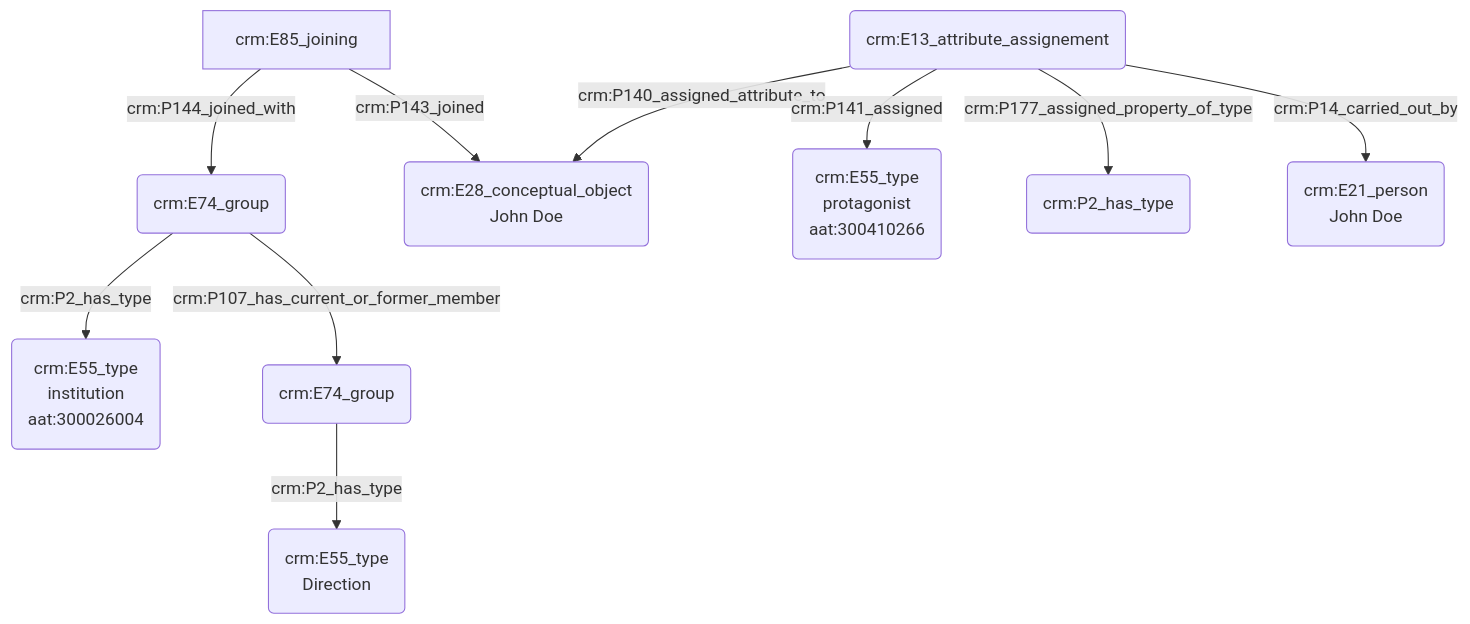
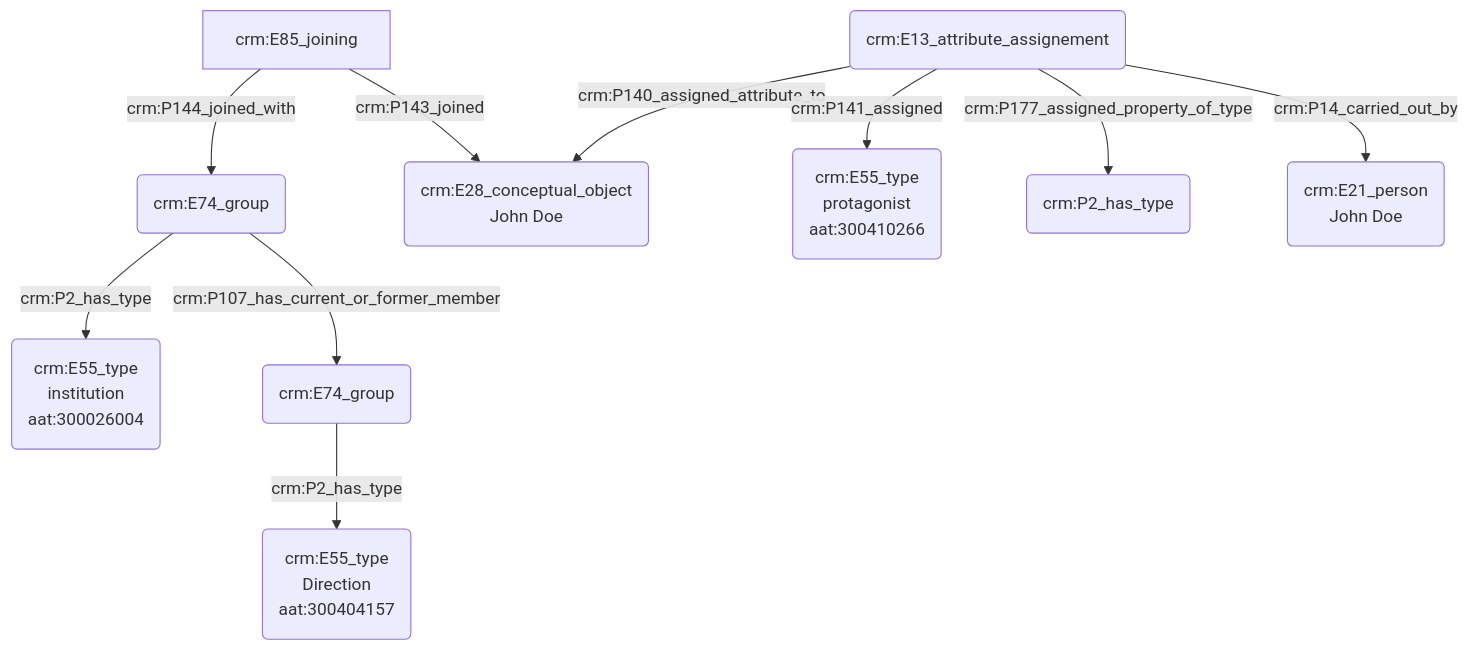
Before and after one commit to Amleth/consortium-musica2-gt2-ontologies: the diagram in modules/livrables/Dossier 2/Indexation conceptuelle/statut et fonction d'une personne fictive.md, drawn with Mermaid.

Commit message:
Update statut et fonction d'une personne fictive.md

````diff
--- a/modules/livrables/Dossier 2/Indexation conceptuelle/statut et fonction d'une personne fictive.md
+++ b/modules/livrables/Dossier 2/Indexation conceptuelle/statut et fonction d'une personne fictive.md
@@ -13,15 +13,15 @@
 ```mermaid
 graph TD;
 
 M(crm:E74_group) -->|crm:P2_has_type| N(crm:E55_type<br>institution<br>aat:300026004)
 U[crm:E85_joining] --> |crm:P144_joined_with| M(crm:E74_group)
 M(crm:E74_group) --> |crm:P107_has_current_or_former_member| S(crm:E74_group)
-S(crm:E74_group) --> |crm:P2_has_type| T(crm:E55_type<br>Direction)
+S(crm:E74_group) --> |crm:P2_has_type| T(crm:E55_type<br>Direction<br>aat:300404157)
 U[crm:E85_joining] -->|crm:P143_joined| K(crm:E28_conceptual_object<br>John Doe)
 
 R(crm:E13_attribute_assignement) --> |crm:P140_assigned_attribute_to| K(crm:E28_conceptual_object<br>John Doe)
 R(crm:E13_attribute_assignement) --> |crm:P141_assigned| C(crm:E55_type<br>protagonist<br>aat:300410266)
 R(crm:E13_attribute_assignement) --> |crm:P177_assigned_property_of_type| V(crm:P2_has_type)
 R(crm:E13_attribute_assignement) --> |crm:P14_carried_out_by| W(crm:E21_person<br>John Doe)
 
 ```
````
